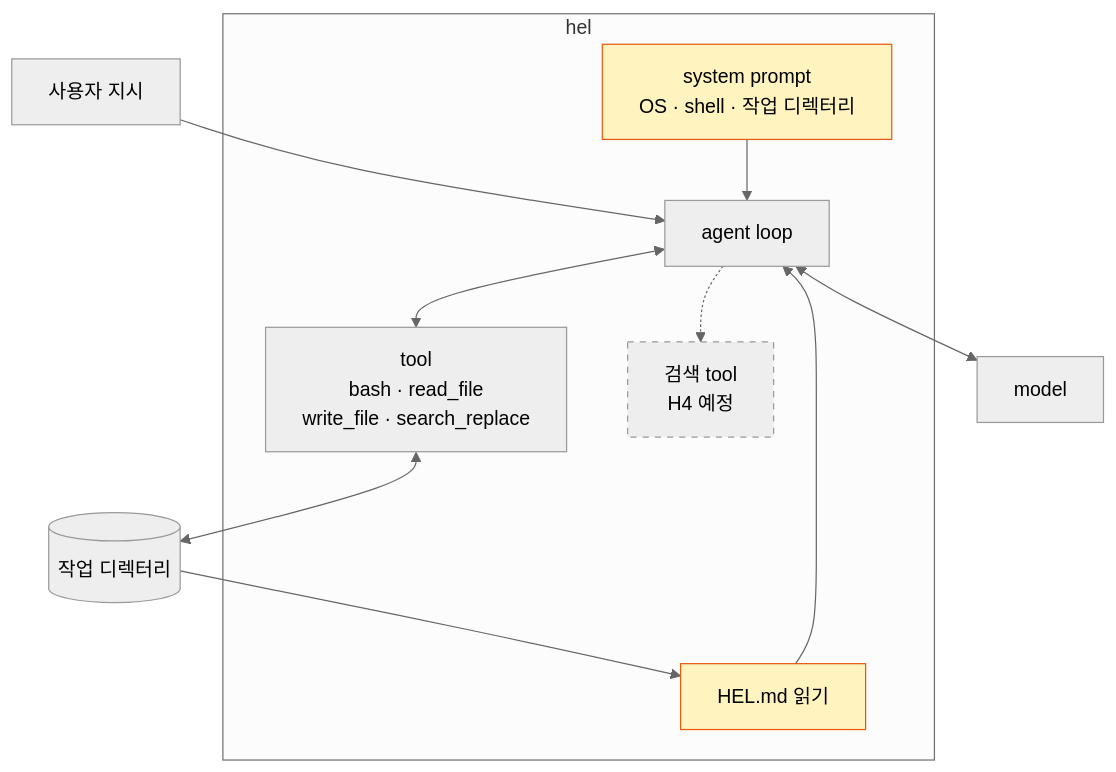
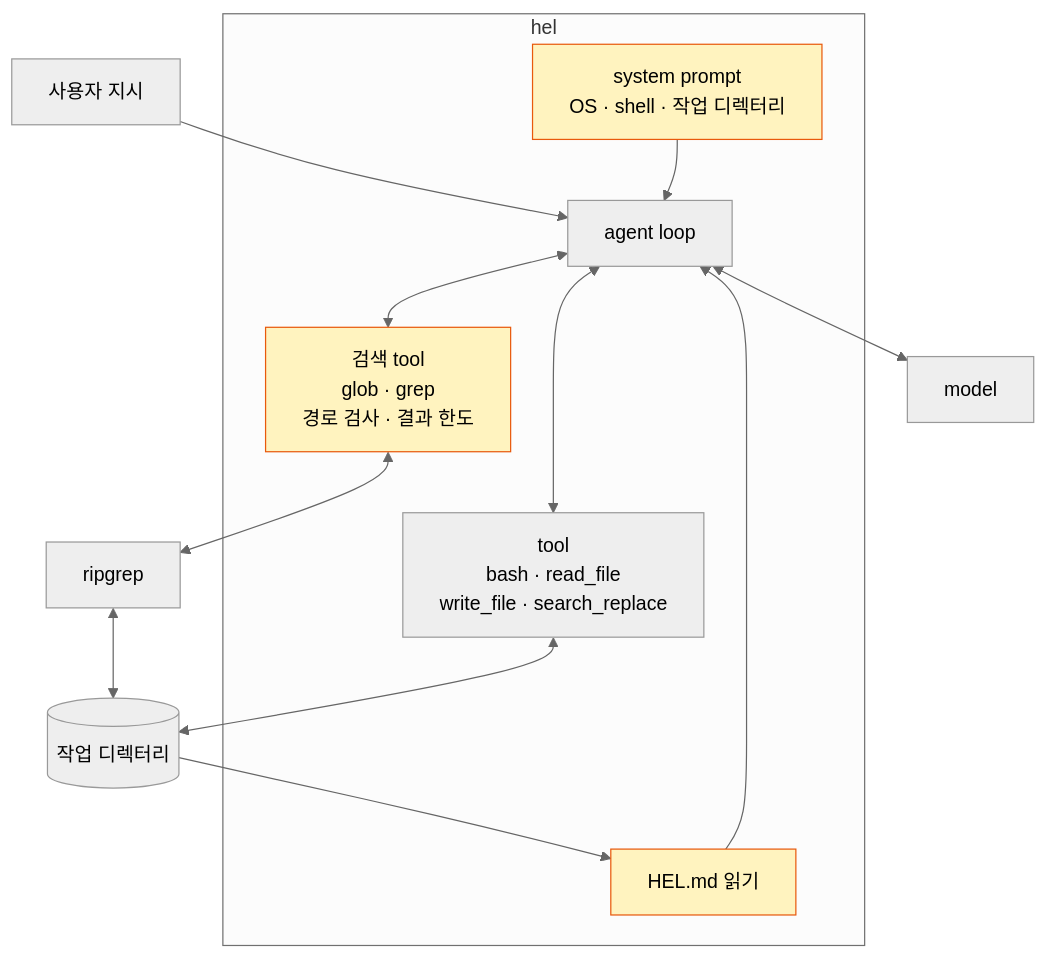
Before and after one commit to jammer-droid/HEL: the second of 2 diagrams in guide/src/parts/part2-repository-intelligence.md, drawn with Mermaid (neutral theme). The commit also changed other lines of this file and 97 other files, not shown here.

````diff
--- a/guide/src/parts/part2-repository-intelligence.md
+++ b/guide/src/parts/part2-repository-intelligence.md
@@ -56,20 +56,21 @@
 ```mermaid
 flowchart TB
     U[사용자 지시] --> L
     subgraph H[hel]
         P[system prompt<br/>OS · shell · 작업 디렉터리]:::new
         C[HEL.md 읽기]:::new
         L[agent loop]
         T[tool<br/>bash · read_file<br/>write_file · search_replace]
-        S[검색 tool<br/>H4 예정]:::planned
+        S[검색 tool<br/>glob · grep<br/>경로 검사 · 결과 한도]:::new
     end
     P --> L
     C --> L
     L <--> M[model]
     L <--> T
-    L -.-> S
+    L <--> S
+    S <--> RG[ripgrep]
+    RG <--> W
     T <--> W[(작업 디렉터리)]
     W --> C
     classDef new fill:#fff3bf,stroke:#e8590c,color:#000
-    classDef planned stroke-dasharray: 5 5
 ```
````
